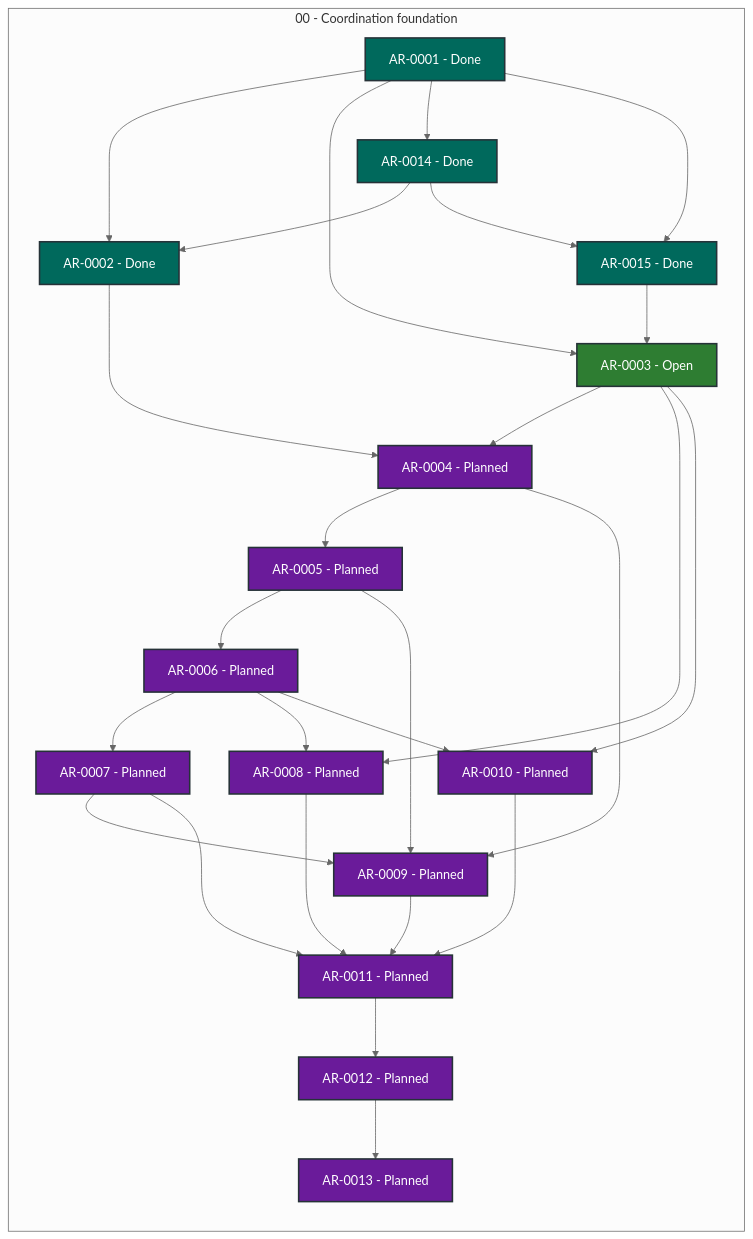
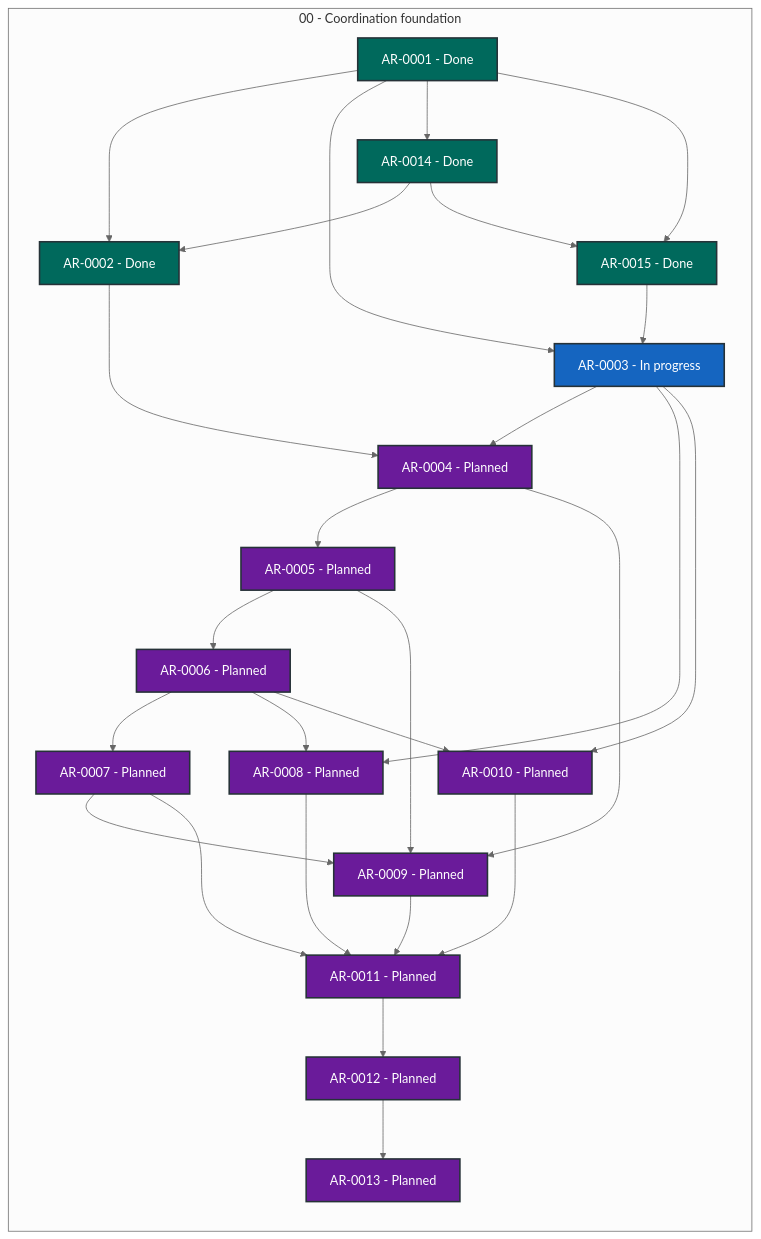
The diagram in STATUS.md (martin-beck/agent-workflow-tui-state), drawn with Mermaid (neutral theme) before and after one commit. The commit also changed other lines of this file and 2 other files, not shown here.

````diff
--- a/STATUS.md
+++ b/STATUS.md
@@ -27,54 +27,54 @@
 ```mermaid
 flowchart LR
     subgraph series_00["00 - Coordination foundation"]
         direction TB
         AR_0001["AR-0001 - Done"]:::status_done
         AR_0002["AR-0002 - Done"]:::status_done
-        AR_0003["AR-0003 - Open"]:::status_open
+        AR_0003["AR-0003 - In progress"]:::status_in_progress
         AR_0004["AR-0004 - Planned"]:::status_planned
         AR_0005["AR-0005 - Planned"]:::status_planned
         AR_0006["AR-0006 - Planned"]:::status_planned
         AR_0007["AR-0007 - Planned"]:::status_planned
         AR_0008["AR-0008 - Planned"]:::status_planned
         AR_0009["AR-0009 - Planned"]:::status_planned
         AR_0010["AR-0010 - Planned"]:::status_planned
         AR_0011["AR-0011 - Planned"]:::status_planned
         AR_0012["AR-0012 - Planned"]:::status_planned
         AR_0013["AR-0013 - Planned"]:::status_planned
         AR_0014["AR-0014 - Done"]:::status_done
         AR_0015["AR-0015 - Done"]:::status_done
     end
     AR_0001 --> AR_0002
     AR_0001 --> AR_0003
     AR_0001 --> AR_0014
     AR_0001 --> AR_0015
     AR_0002 --> AR_0004
     AR_0003 --> AR_0004
     AR_0003 --> AR_0008
     AR_0003 --> AR_0010
     AR_0004 --> AR_0005
     AR_0004 --> AR_0009
     AR_0005 --> AR_0006
     AR_0005 --> AR_0009
     AR_0006 --> AR_0007
     AR_0006 --> AR_0008
     AR_0006 --> AR_0010
     AR_0007 --> AR_0009
     AR_0007 --> AR_0011
     AR_0008 --> AR_0011
     AR_0009 --> AR_0011
     AR_0010 --> AR_0011
     AR_0011 --> AR_0012
     AR_0012 --> AR_0013
     AR_0014 --> AR_0002
     AR_0014 --> AR_0015
     AR_0015 --> AR_0003
     classDef status_in_progress fill:#1565c0,color:#ffffff,stroke:#263238,stroke-width:2px
     classDef status_open fill:#2e7d32,color:#ffffff,stroke:#263238,stroke-width:2px
     classDef status_blocked fill:#c62828,color:#ffffff,stroke:#263238,stroke-width:2px
     classDef status_planned fill:#6a1b9a,color:#ffffff,stroke:#263238,stroke-width:2px
     classDef status_future fill:#455a64,color:#ffffff,stroke:#263238,stroke-width:2px
     classDef status_done fill:#00695c,color:#ffffff,stroke:#263238,stroke-width:2px
     classDef status_cancelled fill:#616161,color:#ffffff,stroke:#263238,stroke-width:2px
     classDef status_superseded fill:#5d4037,color:#ffffff,stroke:#263238,stroke-width:2px
 ```
````
